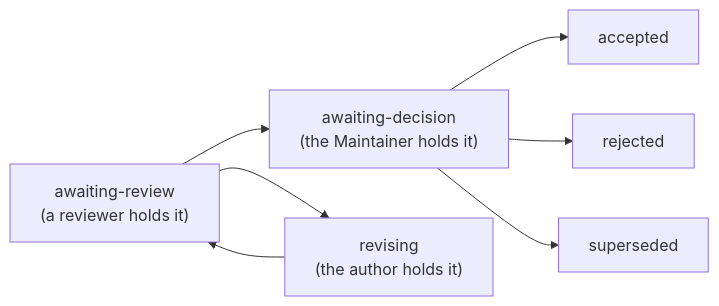
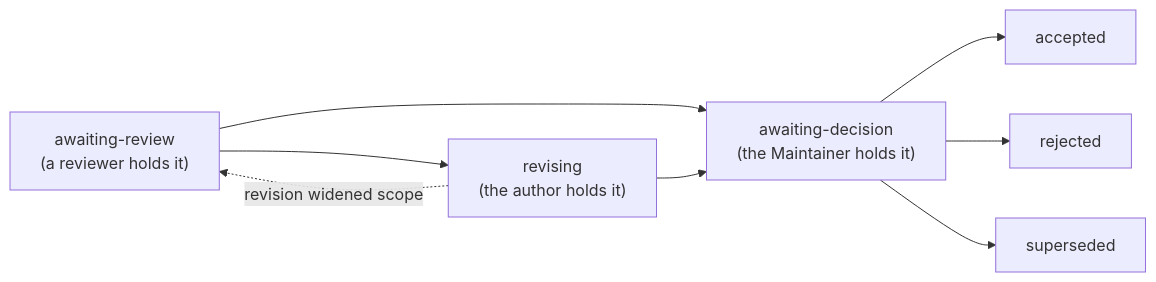
Before and after one commit to MSUHydrogeology/cairn: the first of 2 diagrams in doctrine/lifecycle-contract.md, drawn with Mermaid. The commit also changed other lines of this file and 13 other files, not shown here.

````diff
--- a/doctrine/lifecycle-contract.md
+++ b/doctrine/lifecycle-contract.md
@@ -96,9 +96,10 @@
 ```mermaid
 flowchart LR
     AR["awaiting-review<br/>(a reviewer holds it)"] --> AD["awaiting-decision<br/>(the Maintainer holds it)"]
     AR --> RV["revising<br/>(the author holds it)"]
-    RV --> AR
+    RV --> AD
+    RV -. revision widened scope .-> AR
     AD --> ACC["accepted"]
     AD --> REJ["rejected"]
     AD --> SUP["superseded"]
 ```
````
